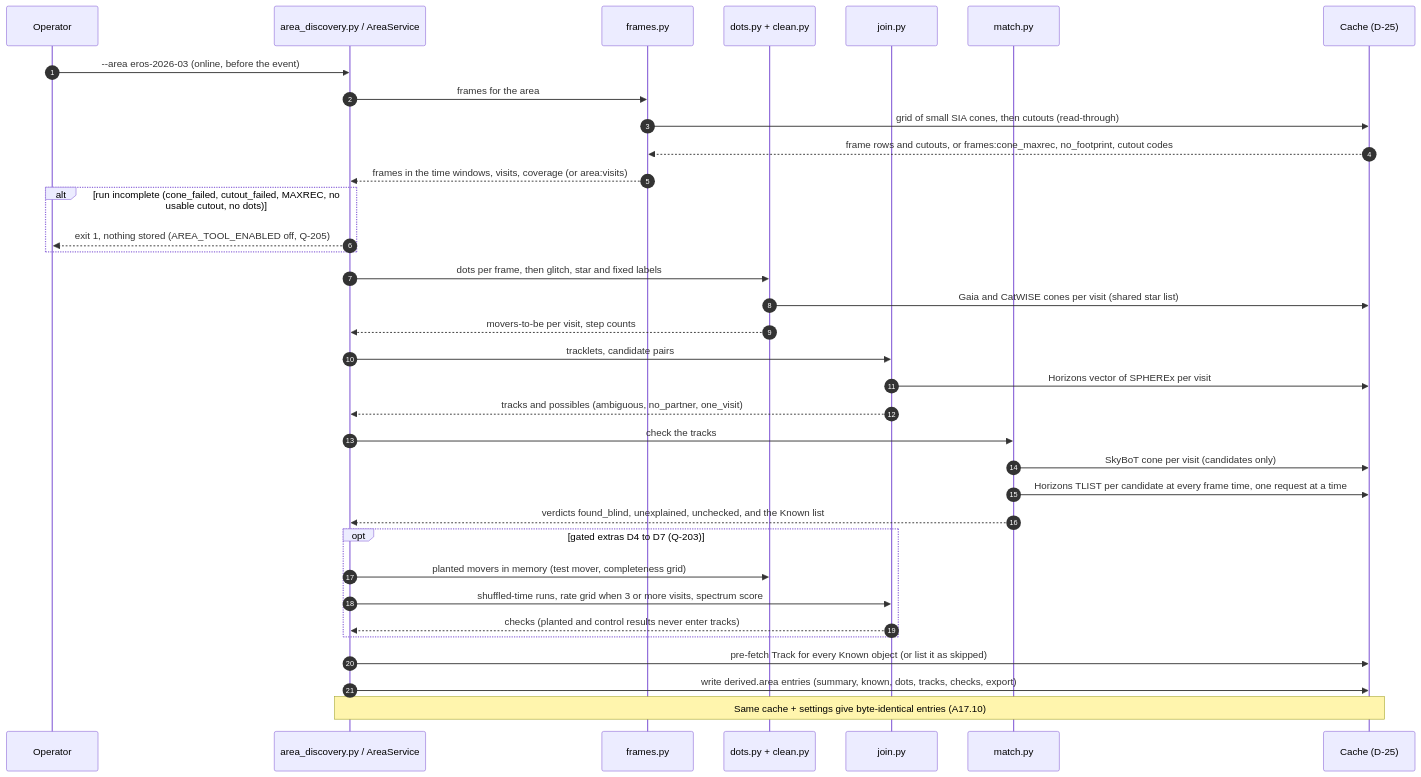
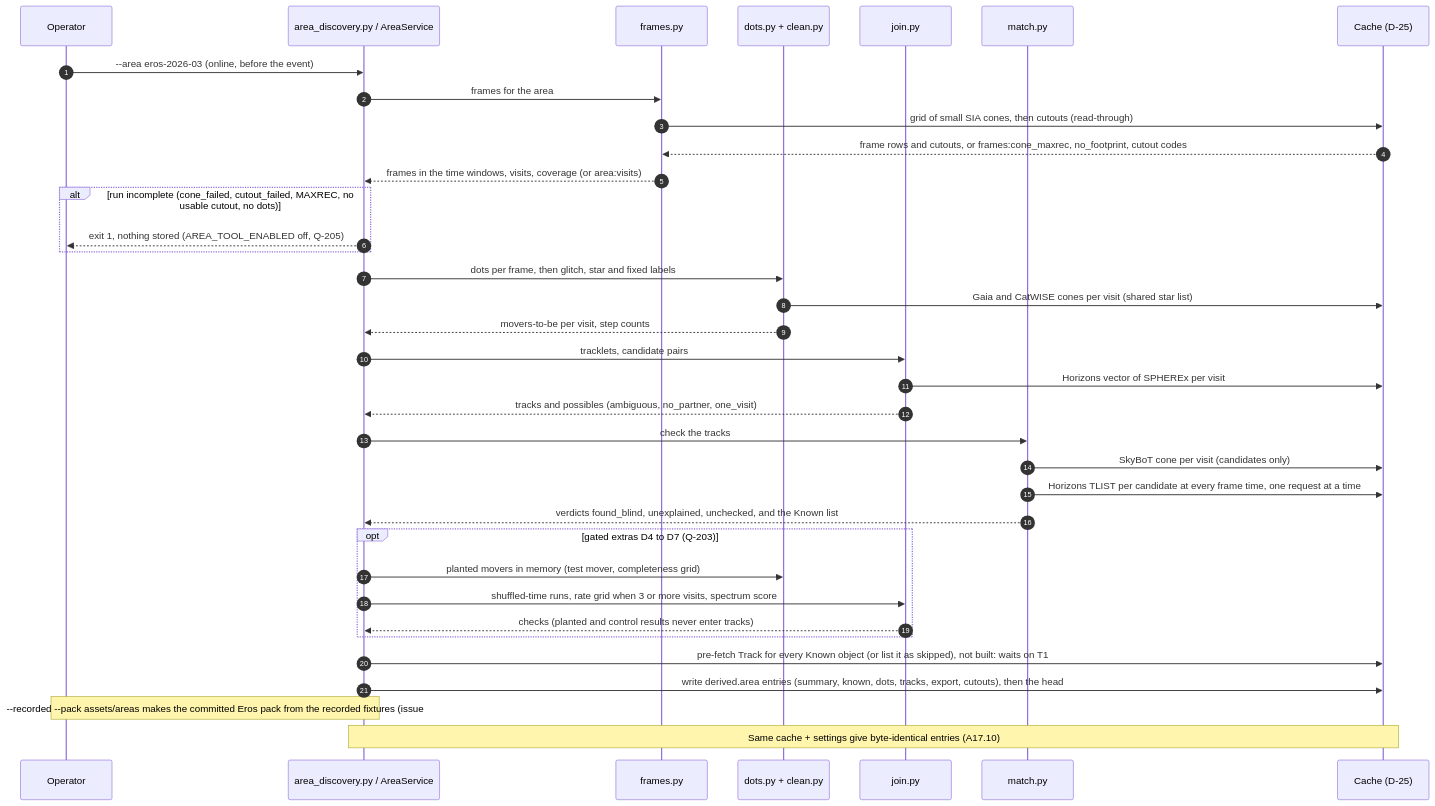
One commit to 0ffrian/SphereX changed the second of 3 diagrams in docs/uml/22-area-search.md. Above: the diagram before and after it, drawn with Mermaid. The commit also changed other lines of this file and 66 other files, not shown here.

First line of the commit message:
Discovery 1: labels, join, known check and /v1/areas API, Eros precomputed (#108)

````diff
--- a/docs/uml/22-area-search.md
+++ b/docs/uml/22-area-search.md
@@ -84,37 +86,38 @@
 ```mermaid
 sequenceDiagram
   autonumber
   participant Op as Operator
   participant S as area_discovery.py / AreaService
   participant F as frames.py
   participant D as dots.py + clean.py
   participant J as join.py
   participant M as match.py
   participant C as Cache (D-25)
   Op->>S: --area eros-2026-03 (online, before the event)
   S->>F: frames for the area
   F->>C: grid of small SIA cones, then cutouts (read-through)
   C-->>F: frame rows and cutouts, or frames:cone_maxrec, no_footprint, cutout codes
   F-->>S: frames in the time windows, visits, coverage (or area:visits)
   alt run incomplete (cone_failed, cutout_failed, MAXREC, no usable cutout, no dots)
     S-->>Op: exit 1, nothing stored (AREA_TOOL_ENABLED off, Q-205)
   end
   S->>D: dots per frame, then glitch, star and fixed labels
   D->>C: Gaia and CatWISE cones per visit (shared star list)
   D-->>S: movers-to-be per visit, step counts
   S->>J: tracklets, candidate pairs
   J->>C: Horizons vector of SPHEREx per visit
   J-->>S: tracks and possibles (ambiguous, no_partner, one_visit)
   S->>M: check the tracks
   M->>C: SkyBoT cone per visit (candidates only)
   M->>C: Horizons TLIST per candidate at every frame time, one request at a time
   M-->>S: verdicts found_blind, unexplained, unchecked, and the Known list
   opt gated extras D4 to D7 (Q-203)
     S->>D: planted movers in memory (test mover, completeness grid)
     S->>J: shuffled-time runs, rate grid when 3 or more visits, spectrum score
     J-->>S: checks (planted and control results never enter tracks)
   end
-  S->>C: pre-fetch Track for every Known object (or list it as skipped)
-  S->>C: write derived.area entries (summary, known, dots, tracks, checks, export)
+  S->>C: pre-fetch Track for every Known object (or list it as skipped), not built: waits on T1
+  S->>C: write derived.area entries (summary, known, dots, tracks, export, cutouts), then the head
+  Note over Op,S: --recorded --pack assets/areas makes the committed Eros pack from the recorded fixtures (issue #108)
   Note over S,C: Same cache + settings give byte-identical entries (A17.10)
 ```
````
